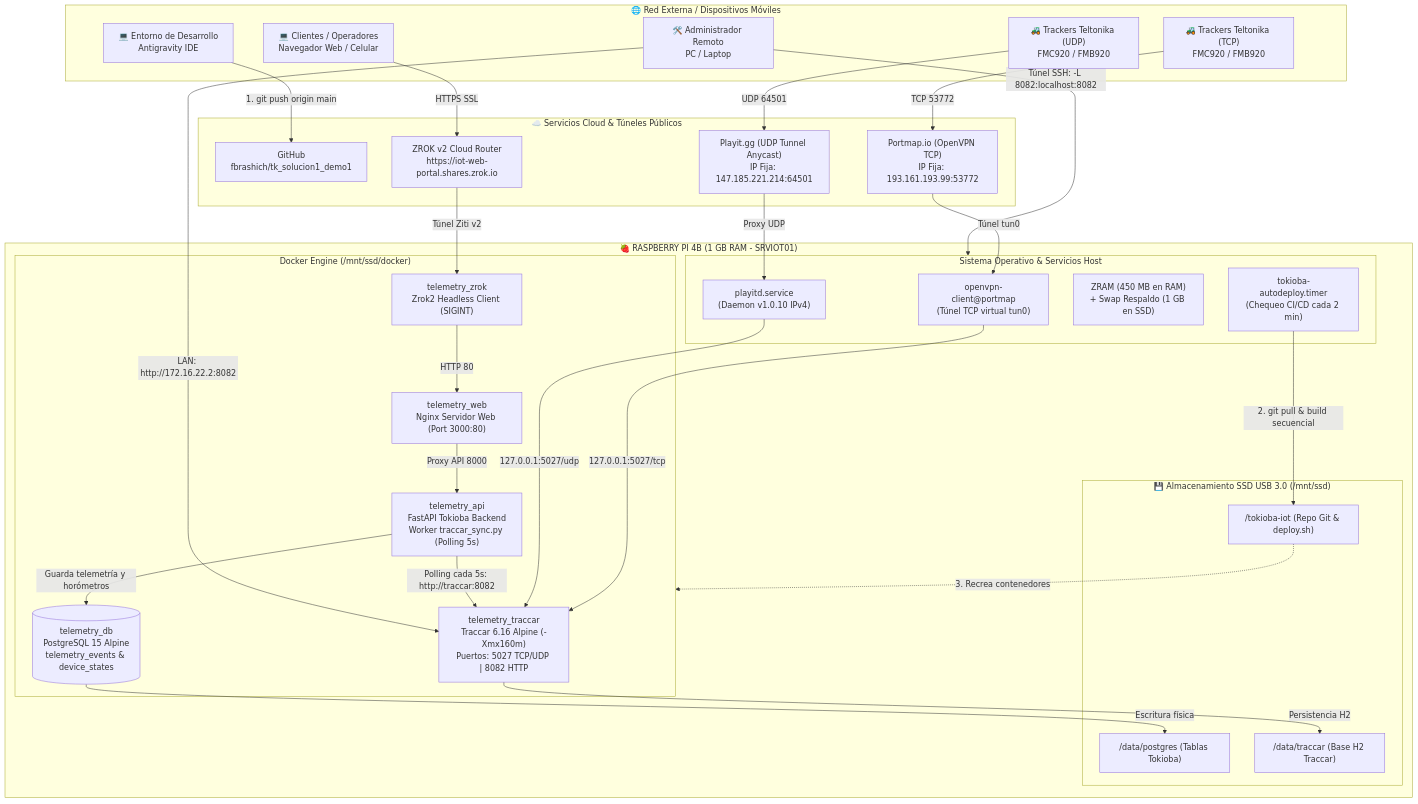
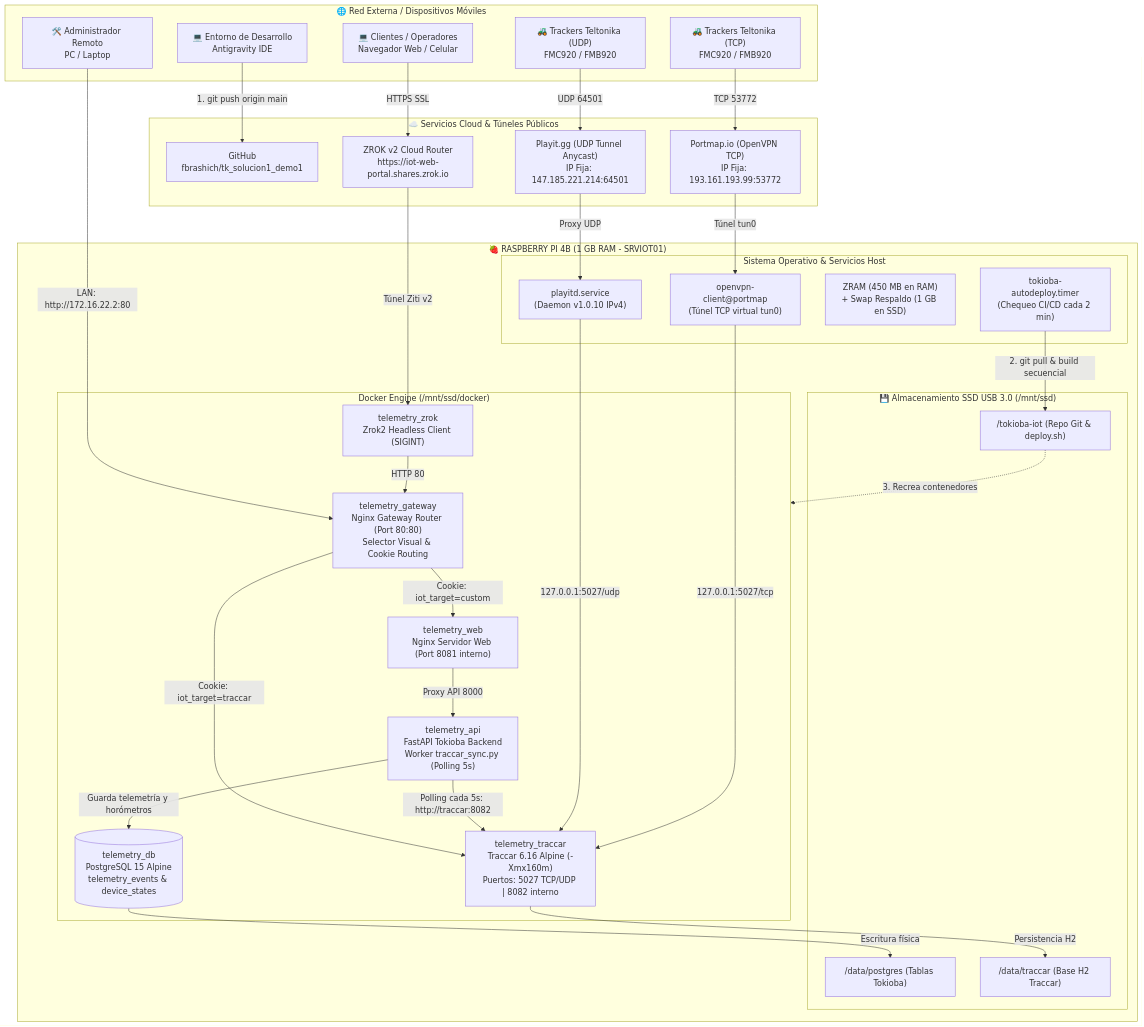
The diagram in rasp_deploy.md (fbrashich/tk_solucion1_demo1), drawn with Mermaid before and after one commit. The commit also changed other lines of this file, not shown here.

Commit message:
docs: complete rasp_deploy.md update with gateway router diagram and detailed section 13.7

````diff
--- a/rasp_deploy.md
+++ b/rasp_deploy.md
@@ -17,70 +17,70 @@
 ```mermaid
 graph TD
     subgraph EXT["🌐 Red Externa / Dispositivos Móviles"]
         DEV_TCP["🚜 Trackers Teltonika (TCP)<br/>FMC920 / FMB920"]
         DEV_UDP["🚜 Trackers Teltonika (UDP)<br/>FMC920 / FMB920"]
         CLIENT["💻 Clientes / Operadores<br/>Navegador Web / Celular"]
         ADMIN["🛠️ Administrador Remoto<br/>PC / Laptop"]
         DEV_LAPTOP["💻 Entorno de Desarrollo<br/>Antigravity IDE"]
     end
 
     subgraph CLOUD["☁️ Servicios Cloud & Túneles Públicos"]
         GH["GitHub<br/>fbrashich/tk_solucion1_demo1"]
         PORTMAP["Portmap.io (OpenVPN TCP)<br/>IP Fija: 193.161.193.99:53772"]
         PLAYIT["Playit.gg (UDP Tunnel Anycast)<br/>IP Fija: 147.185.221.214:64501"]
         ZROK_CLOUD["ZROK v2 Cloud Router<br/>https://iot-web-portal.shares.zrok.io"]
     end
 
     subgraph RPI["🍓 RASPBERRY PI 4B (1 GB RAM - SRVIOT01)"]
         subgraph OS["Sistema Operativo & Servicios Host"]
             OVPN_SVC["openvpn-client@portmap<br/>(Túnel TCP virtual tun0)"]
             PLY_SVC["playitd.service<br/>(Daemon v1.0.10 IPv4)"]
             ZRAM["ZRAM (450 MB en RAM)<br/>+ Swap Respaldo (1 GB en SSD)"]
             AUTODEPLOY["tokioba-autodeploy.timer<br/>(Chequeo CI/CD cada 2 min)"]
         end
 
         subgraph DOCKER["Docker Engine (/mnt/ssd/docker)"]
-            TRACCAR["telemetry_traccar<br/>Traccar 6.16 Alpine (-Xmx160m)<br/>Puertos: 5027 TCP/UDP | 8082 HTTP"]
+            GATEWAY["telemetry_gateway<br/>Nginx Gateway Router (Port 80:80)<br/>Selector Visual & Cookie Routing"]
+            WEB["telemetry_web<br/>Nginx Servidor Web (Port 8081 interno)"]
+            TRACCAR["telemetry_traccar<br/>Traccar 6.16 Alpine (-Xmx160m)<br/>Puertos: 5027 TCP/UDP | 8082 interno"]
             API["telemetry_api<br/>FastAPI Tokioba Backend<br/>Worker traccar_sync.py (Polling 5s)"]
             DB[("telemetry_db<br/>PostgreSQL 15 Alpine<br/>telemetry_events & device_states")]
-            WEB["telemetry_web<br/>Nginx Servidor Web (Port 3000:80)"]
             ZROK_CONT["telemetry_zrok<br/>Zrok2 Headless Client (SIGINT)"]
         end
 
         subgraph SSD["💾 Almacenamiento SSD USB 3.0 (/mnt/ssd)"]
             DATA_PG["/data/postgres (Tablas Tokioba)"]
             DATA_TR["/data/traccar (Base H2 Traccar)"]
             REPO["/tokioba-iot (Repo Git & deploy.sh)"]
         end
     end
 
     %% Flujo CI/CD
     DEV_LAPTOP -->|1. git push origin main| GH
     AUTODEPLOY -->|2. git pull & build secuencial| REPO
     REPO -.->|3. Recrea contenedores| DOCKER
 
     %% Ingesta Telemática
     DEV_TCP -->|TCP 53772| PORTMAP
     PORTMAP -->|Túnel tun0| OVPN_SVC
     OVPN_SVC -->|127.0.0.1:5027/tcp| TRACCAR
 
     DEV_UDP -->|UDP 64501| PLAYIT
     PLAYIT -->|Proxy UDP| PLY_SVC
     PLY_SVC -->|127.0.0.1:5027/udp| TRACCAR
 
     %% Procesamiento y Persistencia
     TRACCAR -->|Persistencia H2| DATA_TR
     API -->|Polling cada 5s: http://traccar:8082| TRACCAR
     API -->|Guarda telemetría y horómetros| DB
     DB -->|Escritura física| DATA_PG
 
-    %% Acceso Dashboard Web
+    %% Acceso Web Unificado (Gateway Router Puerto 80)
     CLIENT -->|HTTPS SSL| ZROK_CLOUD
     ZROK_CLOUD -->|Túnel Ziti v2| ZROK_CONT
-    ZROK_CONT -->|HTTP 80| WEB
+    ZROK_CONT -->|HTTP 80| GATEWAY
+    ADMIN -->|LAN: http://172.16.22.2:80| GATEWAY
+    GATEWAY -->|Cookie: iot_target=custom| WEB
+    GATEWAY -->|Cookie: iot_target=traccar| TRACCAR
     WEB -->|Proxy API 8000| API
-
-    %% Acceso Administrador (Traccar & SSH)
-    ADMIN -->|LAN: http://172.16.22.2:8082| TRACCAR
-    ADMIN -->|Túnel SSH: -L 8082:localhost:8082| OS
 ```
````
